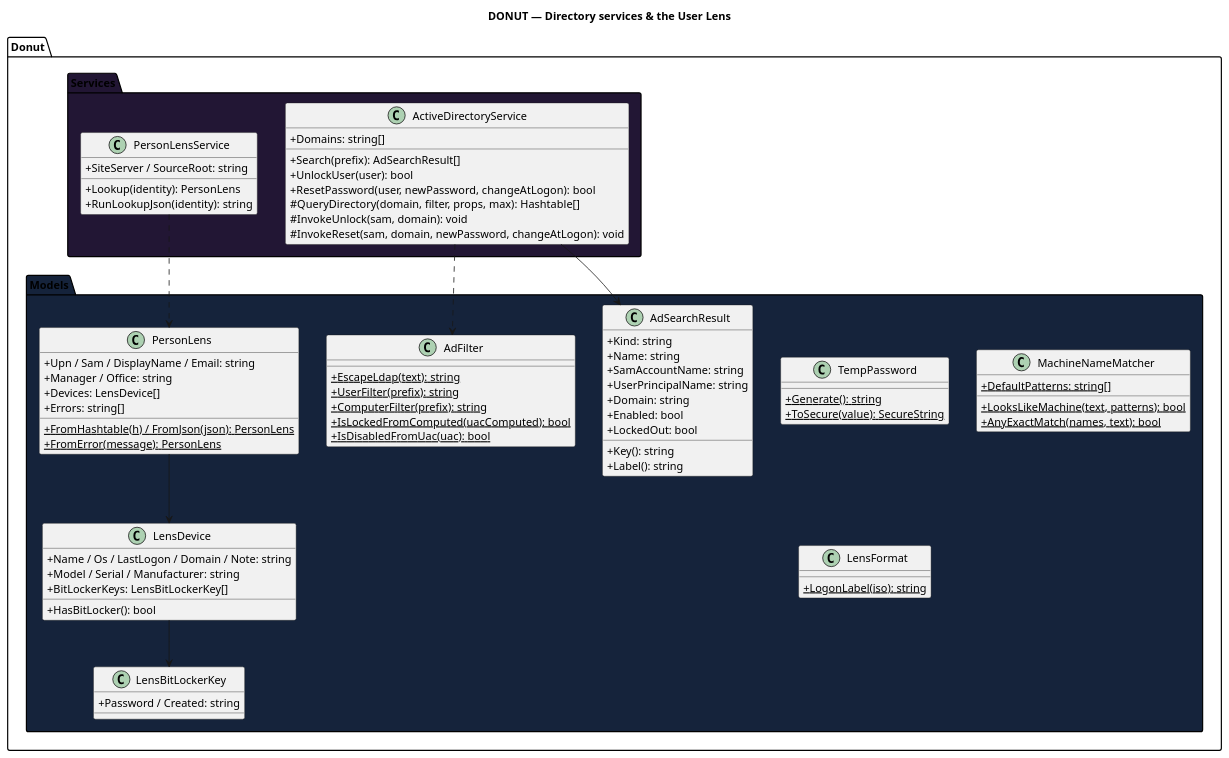
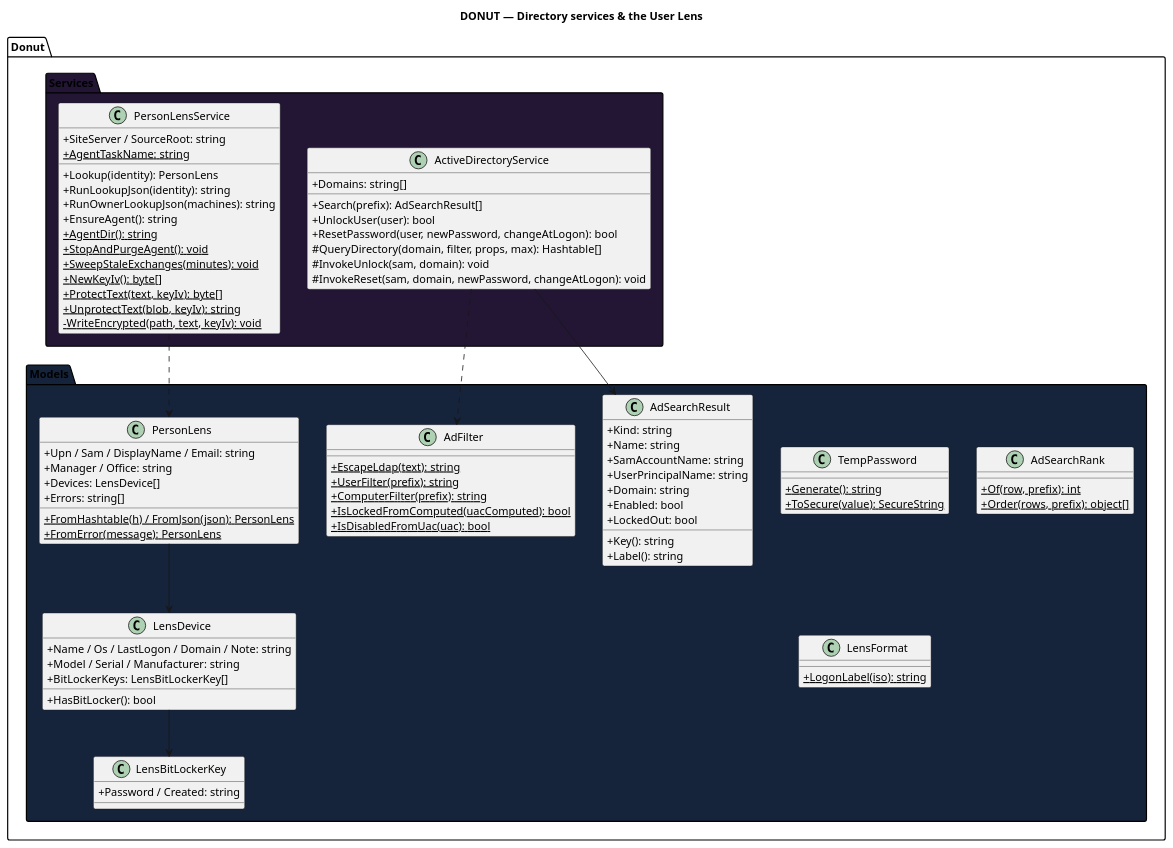
Before and after one commit to Danial-Changez/DONUT: the diagram in docs/diagrams/class_lens.puml, drawn with PlantUML. The commit also changed 16 other files, not shown here.

```diff
--- a/docs/diagrams/class_lens.puml
+++ b/docs/diagrams/class_lens.puml
@@ -1,86 +1,95 @@
 @startuml class_lens
 title DONUT — Directory services & the User Lens
 skinparam classAttributeIconSize 0
 
 ' Subsystem cut of the retired all-in-one class diagram: AD search/account
 ' actions and the de-elevated User Lens (DONUT's user-to-device lookup).
 ' Cross-subsystem wiring lives in component_diagram.
 package "Donut.Services" #221634 {
     class ActiveDirectoryService {
         +Domains: string[]
         +Search(prefix): AdSearchResult[]
         +UnlockUser(user): bool
         +ResetPassword(user, newPassword, changeAtLogon): bool
         #QueryDirectory(domain, filter, props, max): Hashtable[]
         #InvokeUnlock(sam, domain): void
         #InvokeReset(sam, domain, newPassword, changeAtLogon): void
     }
 
     class PersonLensService {
         +SiteServer / SourceRoot: string
+        +{static} AgentTaskName: string
         +Lookup(identity): PersonLens
         +RunLookupJson(identity): string
+        +RunOwnerLookupJson(machines): string
+        +EnsureAgent(): string
+        +{static} AgentDir(): string
+        +{static} StopAndPurgeAgent(): void
+        +{static} SweepStaleExchanges(minutes): void
+        +{static} NewKeyIv(): byte[]
+        +{static} ProtectText(text, keyIv): byte[]
+        +{static} UnprotectText(blob, keyIv): string
+        -{static} WriteEncrypted(path, text, keyIv): void
     }
 }
 
 package "Donut.Models" #15233B {
     class AdSearchResult {
         +Kind: string
         +Name: string
         +SamAccountName: string
         +UserPrincipalName: string
         +Domain: string
         +Enabled: bool
         +LockedOut: bool
         +Key(): string
         +Label(): string
     }
 
     class AdFilter {
         +{static} EscapeLdap(text): string
         +{static} UserFilter(prefix): string
         +{static} ComputerFilter(prefix): string
         +{static} IsLockedFromComputed(uacComputed): bool
         +{static} IsDisabledFromUac(uac): bool
     }
 
     class TempPassword {
         +{static} Generate(): string
         +{static} ToSecure(value): SecureString
     }
 
-    class MachineNameMatcher {
-        +{static} DefaultPatterns: string[]
-        +{static} LooksLikeMachine(text, patterns): bool
-        +{static} AnyExactMatch(names, text): bool
+    class AdSearchRank {
+        +{static} Of(row, prefix): int
+        +{static} Order(rows, prefix): object[]
     }
 
     class PersonLens {
         +Upn / Sam / DisplayName / Email: string
         +Manager / Office: string
         +Devices: LensDevice[]
         +Errors: string[]
         +{static} FromHashtable(h) / FromJson(json): PersonLens
         +{static} FromError(message): PersonLens
     }
     class LensDevice {
         +Name / Os / LastLogon / Domain / Note: string
         +Model / Serial / Manufacturer: string
         +BitLockerKeys: LensBitLockerKey[]
         +HasBitLocker(): bool
     }
     class LensBitLockerKey {
         +Password / Created: string
     }
     class LensFormat {
         +{static} LogonLabel(iso): string
     }
 }
 
 ActiveDirectoryService --> AdSearchResult
 ActiveDirectoryService ..> AdFilter
 PersonLensService ..> PersonLens
 PersonLens --> LensDevice
 LensDevice --> LensBitLockerKey
 
 @enduml
```
